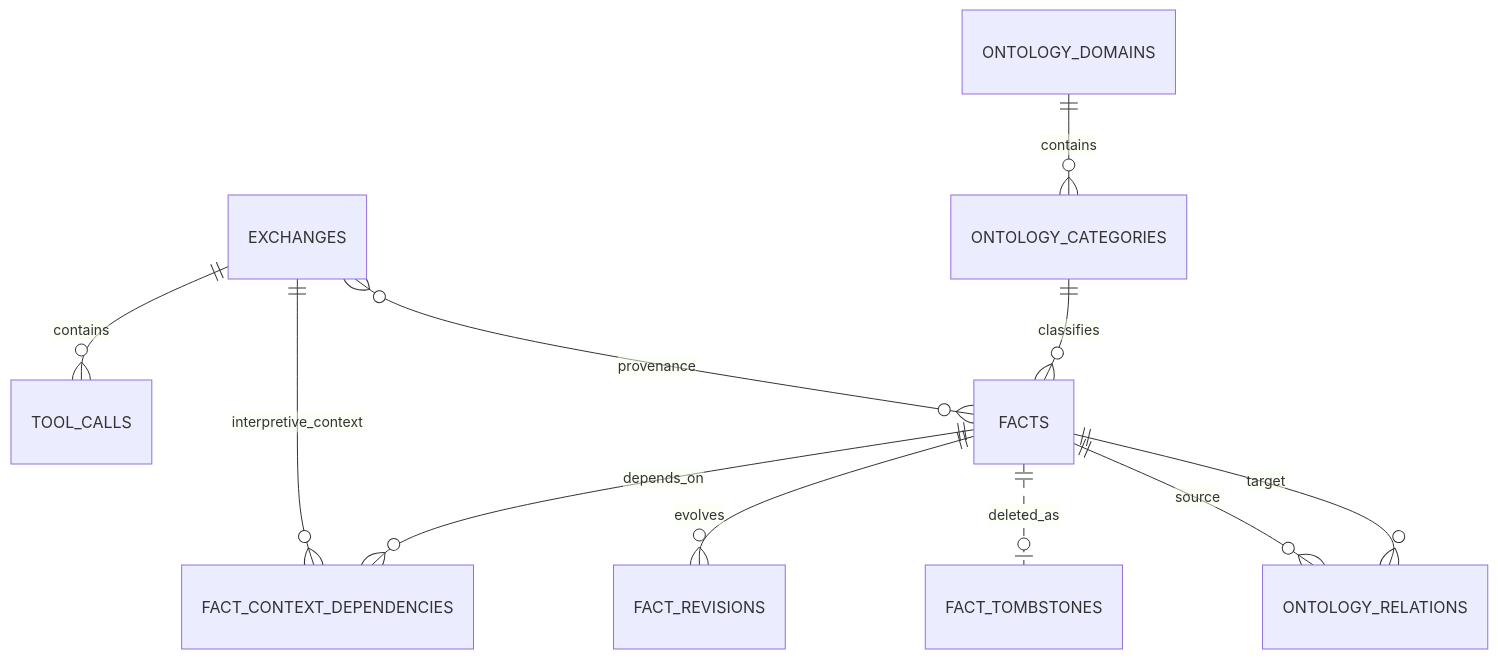
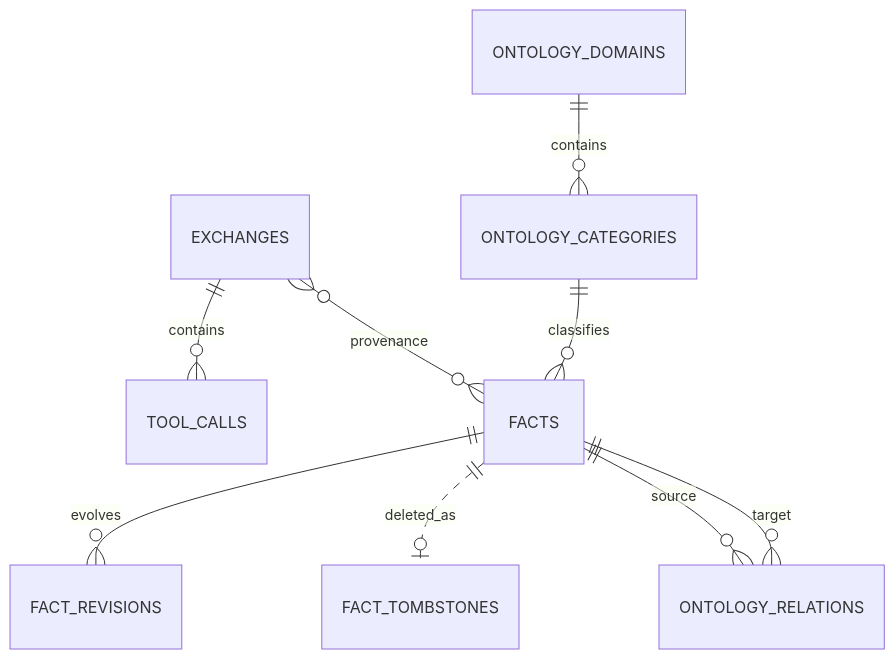
The diagram in docs/SCHEMA.md (BongSuCHOI/memex), drawn with Mermaid before and after one commit. The commit also changed other lines of this file and 75 other files, not shown here.

````diff
--- a/docs/SCHEMA.md
+++ b/docs/SCHEMA.md
@@ -15,13 +15,11 @@
 ```mermaid
 erDiagram
     EXCHANGES ||--o{ TOOL_CALLS : contains
     EXCHANGES }o--o{ FACTS : provenance
-    EXCHANGES ||--o{ FACT_CONTEXT_DEPENDENCIES : interpretive_context
-    FACTS ||--o{ FACT_CONTEXT_DEPENDENCIES : depends_on
     FACTS ||--o{ FACT_REVISIONS : evolves
     FACTS ||..o| FACT_TOMBSTONES : deleted_as
     ONTOLOGY_DOMAINS ||--o{ ONTOLOGY_CATEGORIES : contains
     ONTOLOGY_CATEGORIES ||--o{ FACTS : classifies
     FACTS ||--o{ ONTOLOGY_RELATIONS : source
     FACTS ||--o{ ONTOLOGY_RELATIONS : target
 ```
````
